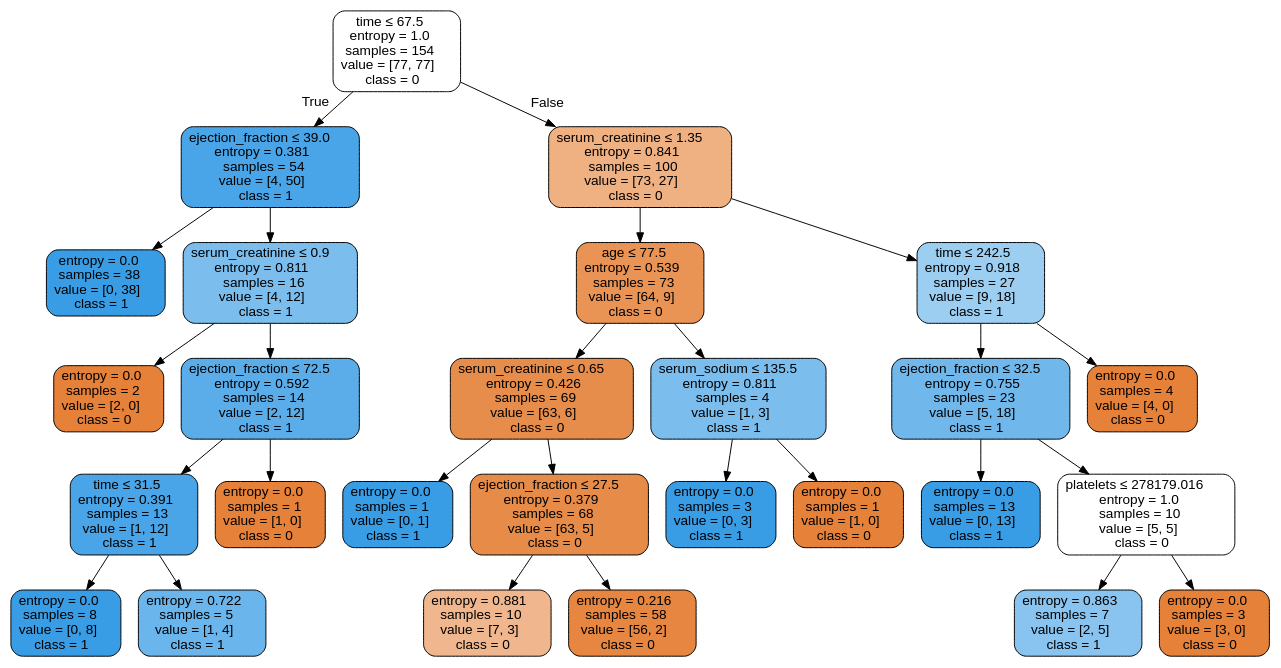
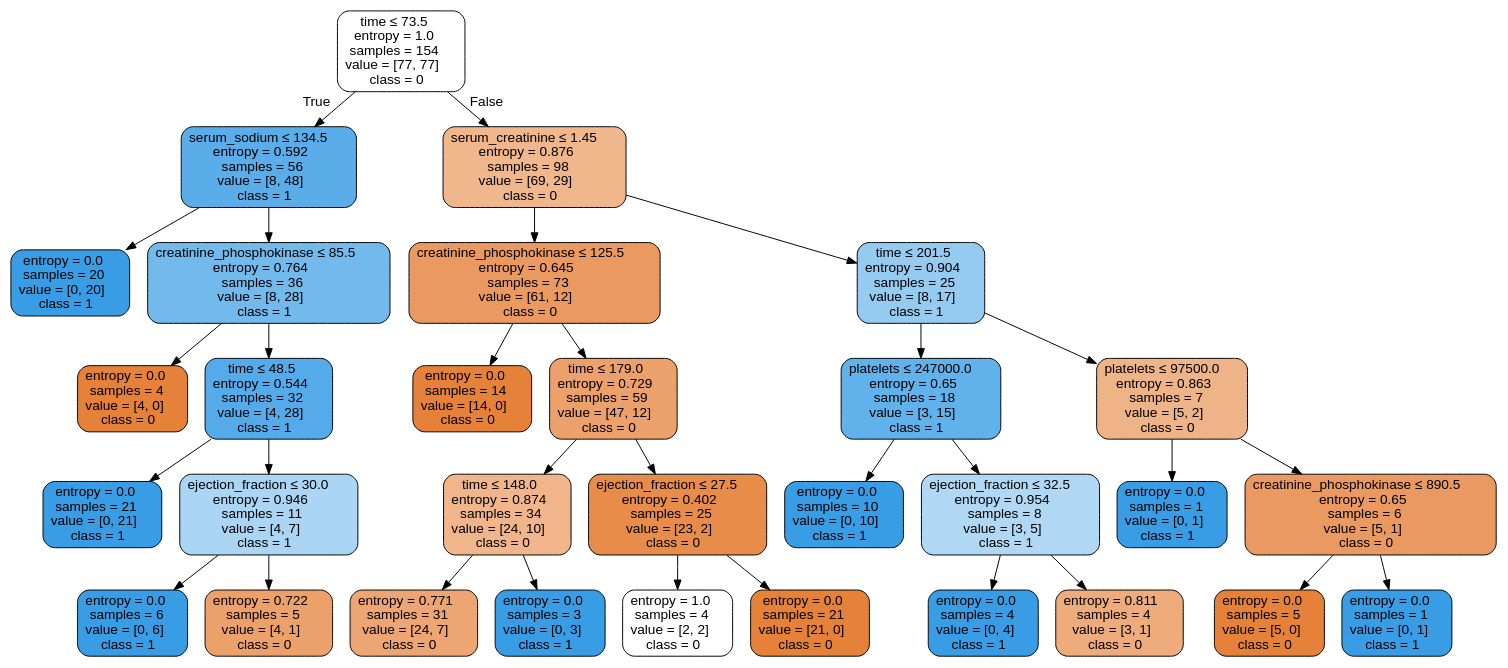
One commit to isabelSoares/CD-2021 changed the diagram in Labs/NewClassifiers/Results/DecisionTrees/UnderSample/First/HFCR - UnderSample - dtree.dot. Above: the diagram before and after it, drawn with Graphviz. The commit also changed 206 other files, not shown here.

```diff
--- a/Labs/NewClassifiers/Results/DecisionTrees/UnderSample/First/HFCR - UnderSample - dtree.dot
+++ b/Labs/NewClassifiers/Results/DecisionTrees/UnderSample/First/HFCR - UnderSample - dtree.dot
@@ -1,57 +1,65 @@
 digraph Tree {
 node [shape=box, style="filled, rounded", color="black", fontname=helvetica] ;
 edge [fontname=helvetica] ;
-0 [label=<time &le; 67.5<br/>entropy = 1.0<br/>samples = 154<br/>value = [77, 77]<br/>class = 0>, fillcolor="#ffffff"] ;
-1 [label=<ejection_fraction &le; 39.0<br/>entropy = 0.381<br/>samples = 54<br/>value = [4, 50]<br/>class = 1>, fillcolor="#49a5e7"] ;
+0 [label=<time &le; 73.5<br/>entropy = 1.0<br/>samples = 154<br/>value = [77, 77]<br/>class = 0>, fillcolor="#ffffff"] ;
+1 [label=<serum_sodium &le; 134.5<br/>entropy = 0.592<br/>samples = 56<br/>value = [8, 48]<br/>class = 1>, fillcolor="#5aade9"] ;
 0 -> 1 [labeldistance=2.5, labelangle=45, headlabel="True"] ;
-2 [label=<entropy = 0.0<br/>samples = 38<br/>value = [0, 38]<br/>class = 1>, fillcolor="#399de5"] ;
+2 [label=<entropy = 0.0<br/>samples = 20<br/>value = [0, 20]<br/>class = 1>, fillcolor="#399de5"] ;
 1 -> 2 ;
-3 [label=<serum_creatinine &le; 0.9<br/>entropy = 0.811<br/>samples = 16<br/>value = [4, 12]<br/>class = 1>, fillcolor="#7bbeee"] ;
+3 [label=<creatinine_phosphokinase &le; 85.5<br/>entropy = 0.764<br/>samples = 36<br/>value = [8, 28]<br/>class = 1>, fillcolor="#72b9ec"] ;
 1 -> 3 ;
-4 [label=<entropy = 0.0<br/>samples = 2<br/>value = [2, 0]<br/>class = 0>, fillcolor="#e58139"] ;
+4 [label=<entropy = 0.0<br/>samples = 4<br/>value = [4, 0]<br/>class = 0>, fillcolor="#e58139"] ;
 3 -> 4 ;
-5 [label=<ejection_fraction &le; 72.5<br/>entropy = 0.592<br/>samples = 14<br/>value = [2, 12]<br/>class = 1>, fillcolor="#5aade9"] ;
+5 [label=<time &le; 48.5<br/>entropy = 0.544<br/>samples = 32<br/>value = [4, 28]<br/>class = 1>, fillcolor="#55abe9"] ;
 3 -> 5 ;
-6 [label=<time &le; 31.5<br/>entropy = 0.391<br/>samples = 13<br/>value = [1, 12]<br/>class = 1>, fillcolor="#49a5e7"] ;
+6 [label=<entropy = 0.0<br/>samples = 21<br/>value = [0, 21]<br/>class = 1>, fillcolor="#399de5"] ;
 5 -> 6 ;
-7 [label=<entropy = 0.0<br/>samples = 8<br/>value = [0, 8]<br/>class = 1>, fillcolor="#399de5"] ;
-6 -> 7 ;
-8 [label=<entropy = 0.722<br/>samples = 5<br/>value = [1, 4]<br/>class = 1>, fillcolor="#6ab6ec"] ;
-6 -> 8 ;
-9 [label=<entropy = 0.0<br/>samples = 1<br/>value = [1, 0]<br/>class = 0>, fillcolor="#e58139"] ;
-5 -> 9 ;
-10 [label=<serum_creatinine &le; 1.35<br/>entropy = 0.841<br/>samples = 100<br/>value = [73, 27]<br/>class = 0>, fillcolor="#efb082"] ;
+7 [label=<ejection_fraction &le; 30.0<br/>entropy = 0.946<br/>samples = 11<br/>value = [4, 7]<br/>class = 1>, fillcolor="#aad5f4"] ;
+5 -> 7 ;
+8 [label=<entropy = 0.0<br/>samples = 6<br/>value = [0, 6]<br/>class = 1>, fillcolor="#399de5"] ;
+7 -> 8 ;
+9 [label=<entropy = 0.722<br/>samples = 5<br/>value = [4, 1]<br/>class = 0>, fillcolor="#eca06a"] ;
+7 -> 9 ;
+10 [label=<serum_creatinine &le; 1.45<br/>entropy = 0.876<br/>samples = 98<br/>value = [69, 29]<br/>class = 0>, fillcolor="#f0b68c"] ;
 0 -> 10 [labeldistance=2.5, labelangle=-45, headlabel="False"] ;
-11 [label=<age &le; 77.5<br/>entropy = 0.539<br/>samples = 73<br/>value = [64, 9]<br/>class = 0>, fillcolor="#e99355"] ;
+11 [label=<creatinine_phosphokinase &le; 125.5<br/>entropy = 0.645<br/>samples = 73<br/>value = [61, 12]<br/>class = 0>, fillcolor="#ea9a60"] ;
 10 -> 11 ;
-12 [label=<serum_creatinine &le; 0.65<br/>entropy = 0.426<br/>samples = 69<br/>value = [63, 6]<br/>class = 0>, fillcolor="#e78d4c"] ;
+12 [label=<entropy = 0.0<br/>samples = 14<br/>value = [14, 0]<br/>class = 0>, fillcolor="#e58139"] ;
 11 -> 12 ;
-13 [label=<entropy = 0.0<br/>samples = 1<br/>value = [0, 1]<br/>class = 1>, fillcolor="#399de5"] ;
-12 -> 13 ;
-14 [label=<ejection_fraction &le; 27.5<br/>entropy = 0.379<br/>samples = 68<br/>value = [63, 5]<br/>class = 0>, fillcolor="#e78b49"] ;
-12 -> 14 ;
-15 [label=<entropy = 0.881<br/>samples = 10<br/>value = [7, 3]<br/>class = 0>, fillcolor="#f0b78e"] ;
+13 [label=<time &le; 179.0<br/>entropy = 0.729<br/>samples = 59<br/>value = [47, 12]<br/>class = 0>, fillcolor="#eca16c"] ;
+11 -> 13 ;
+14 [label=<time &le; 148.0<br/>entropy = 0.874<br/>samples = 34<br/>value = [24, 10]<br/>class = 0>, fillcolor="#f0b58b"] ;
+13 -> 14 ;
+15 [label=<entropy = 0.771<br/>samples = 31<br/>value = [24, 7]<br/>class = 0>, fillcolor="#eda673"] ;
 14 -> 15 ;
-16 [label=<entropy = 0.216<br/>samples = 58<br/>value = [56, 2]<br/>class = 0>, fillcolor="#e68640"] ;
+16 [label=<entropy = 0.0<br/>samples = 3<br/>value = [0, 3]<br/>class = 1>, fillcolor="#399de5"] ;
 14 -> 16 ;
-17 [label=<serum_sodium &le; 135.5<br/>entropy = 0.811<br/>samples = 4<br/>value = [1, 3]<br/>class = 1>, fillcolor="#7bbeee"] ;
-11 -> 17 ;
-18 [label=<entropy = 0.0<br/>samples = 3<br/>value = [0, 3]<br/>class = 1>, fillcolor="#399de5"] ;
+17 [label=<ejection_fraction &le; 27.5<br/>entropy = 0.402<br/>samples = 25<br/>value = [23, 2]<br/>class = 0>, fillcolor="#e78c4a"] ;
+13 -> 17 ;
+18 [label=<entropy = 1.0<br/>samples = 4<br/>value = [2, 2]<br/>class = 0>, fillcolor="#ffffff"] ;
 17 -> 18 ;
-19 [label=<entropy = 0.0<br/>samples = 1<br/>value = [1, 0]<br/>class = 0>, fillcolor="#e58139"] ;
+19 [label=<entropy = 0.0<br/>samples = 21<br/>value = [21, 0]<br/>class = 0>, fillcolor="#e58139"] ;
 17 -> 19 ;
-20 [label=<time &le; 242.5<br/>entropy = 0.918<br/>samples = 27<br/>value = [9, 18]<br/>class = 1>, fillcolor="#9ccef2"] ;
+20 [label=<time &le; 201.5<br/>entropy = 0.904<br/>samples = 25<br/>value = [8, 17]<br/>class = 1>, fillcolor="#96cbf1"] ;
 10 -> 20 ;
-21 [label=<ejection_fraction &le; 32.5<br/>entropy = 0.755<br/>samples = 23<br/>value = [5, 18]<br/>class = 1>, fillcolor="#70b8ec"] ;
+21 [label=<platelets &le; 247000.0<br/>entropy = 0.65<br/>samples = 18<br/>value = [3, 15]<br/>class = 1>, fillcolor="#61b1ea"] ;
 20 -> 21 ;
-22 [label=<entropy = 0.0<br/>samples = 13<br/>value = [0, 13]<br/>class = 1>, fillcolor="#399de5"] ;
+22 [label=<entropy = 0.0<br/>samples = 10<br/>value = [0, 10]<br/>class = 1>, fillcolor="#399de5"] ;
 21 -> 22 ;
-23 [label=<platelets &le; 278179.016<br/>entropy = 1.0<br/>samples = 10<br/>value = [5, 5]<br/>class = 0>, fillcolor="#ffffff"] ;
+23 [label=<ejection_fraction &le; 32.5<br/>entropy = 0.954<br/>samples = 8<br/>value = [3, 5]<br/>class = 1>, fillcolor="#b0d8f5"] ;
 21 -> 23 ;
-24 [label=<entropy = 0.863<br/>samples = 7<br/>value = [2, 5]<br/>class = 1>, fillcolor="#88c4ef"] ;
+24 [label=<entropy = 0.0<br/>samples = 4<br/>value = [0, 4]<br/>class = 1>, fillcolor="#399de5"] ;
 23 -> 24 ;
-25 [label=<entropy = 0.0<br/>samples = 3<br/>value = [3, 0]<br/>class = 0>, fillcolor="#e58139"] ;
+25 [label=<entropy = 0.811<br/>samples = 4<br/>value = [3, 1]<br/>class = 0>, fillcolor="#eeab7b"] ;
 23 -> 25 ;
-26 [label=<entropy = 0.0<br/>samples = 4<br/>value = [4, 0]<br/>class = 0>, fillcolor="#e58139"] ;
+26 [label=<platelets &le; 97500.0<br/>entropy = 0.863<br/>samples = 7<br/>value = [5, 2]<br/>class = 0>, fillcolor="#efb388"] ;
 20 -> 26 ;
+27 [label=<entropy = 0.0<br/>samples = 1<br/>value = [0, 1]<br/>class = 1>, fillcolor="#399de5"] ;
+26 -> 27 ;
+28 [label=<creatinine_phosphokinase &le; 890.5<br/>entropy = 0.65<br/>samples = 6<br/>value = [5, 1]<br/>class = 0>, fillcolor="#ea9a61"] ;
+26 -> 28 ;
+29 [label=<entropy = 0.0<br/>samples = 5<br/>value = [5, 0]<br/>class = 0>, fillcolor="#e58139"] ;
+28 -> 29 ;
+30 [label=<entropy = 0.0<br/>samples = 1<br/>value = [0, 1]<br/>class = 1>, fillcolor="#399de5"] ;
+28 -> 30 ;
 }
```
